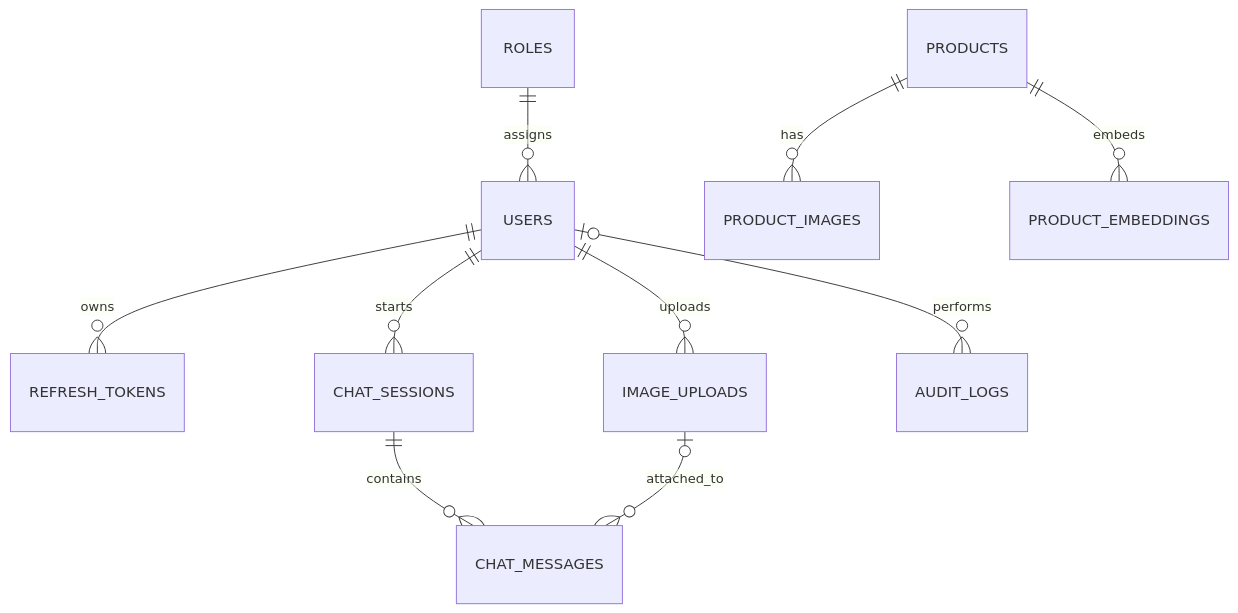
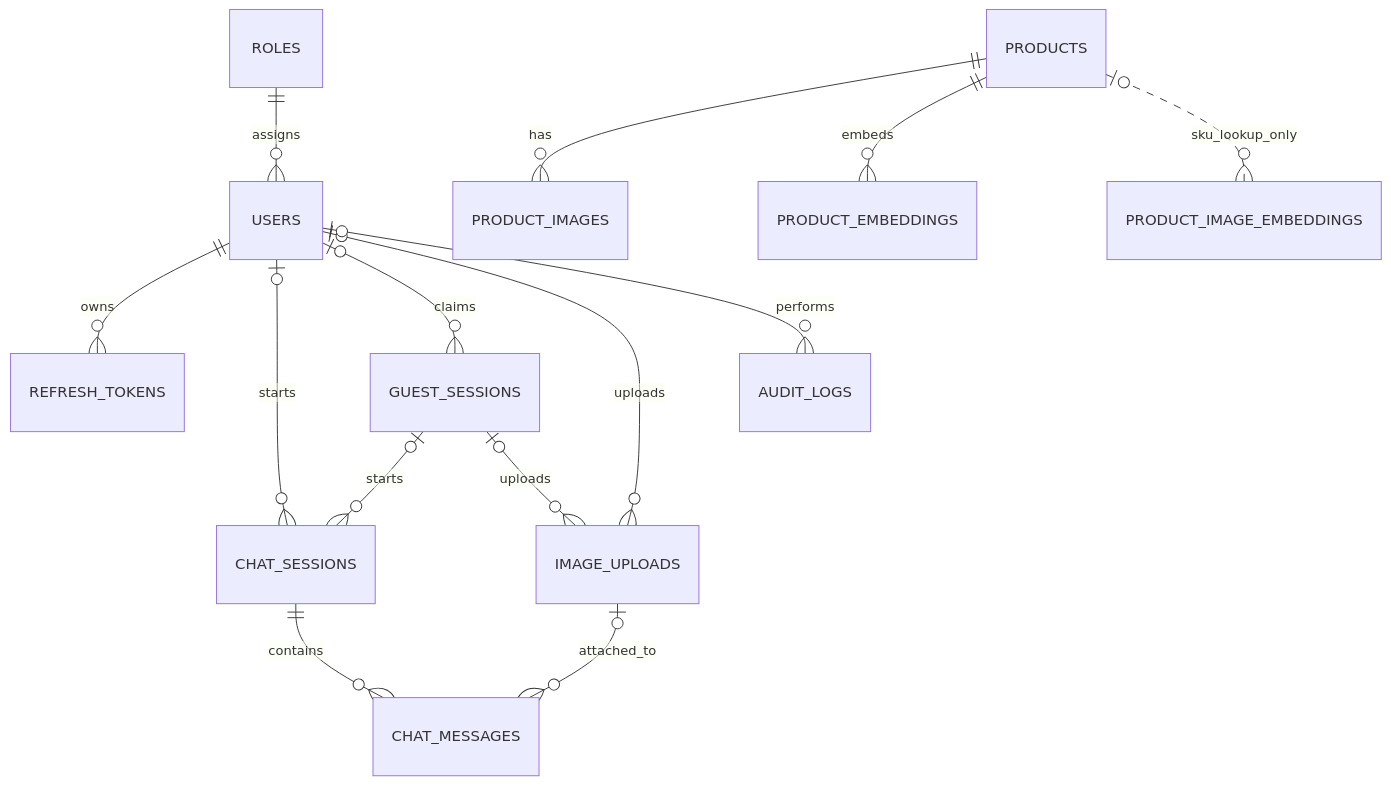
The diagram in database/DATABASE_SCHEMA.md (Seaty/ink-buddy-chat-bot), drawn with Mermaid before and after one commit. The commit also changed other lines of this file and 58 other files, not shown here.

````diff
--- a/database/DATABASE_SCHEMA.md
+++ b/database/DATABASE_SCHEMA.md
@@ -36,12 +51,16 @@
 ```mermaid
 erDiagram
     ROLES ||--o{ USERS : assigns
     USERS ||--o{ REFRESH_TOKENS : owns
-    USERS ||--o{ CHAT_SESSIONS : starts
+    USERS o|--o{ CHAT_SESSIONS : starts
+    USERS o|--o{ GUEST_SESSIONS : claims
+    GUEST_SESSIONS o|--o{ CHAT_SESSIONS : starts
     CHAT_SESSIONS ||--o{ CHAT_MESSAGES : contains
-    USERS ||--o{ IMAGE_UPLOADS : uploads
+    USERS o|--o{ IMAGE_UPLOADS : uploads
+    GUEST_SESSIONS o|--o{ IMAGE_UPLOADS : uploads
     IMAGE_UPLOADS o|--o{ CHAT_MESSAGES : attached_to
     PRODUCTS ||--o{ PRODUCT_IMAGES : has
     PRODUCTS ||--o{ PRODUCT_EMBEDDINGS : embeds
+    PRODUCTS o|..o{ PRODUCT_IMAGE_EMBEDDINGS : sku_lookup_only
     USERS o|--o{ AUDIT_LOGS : performs
 ```
````
